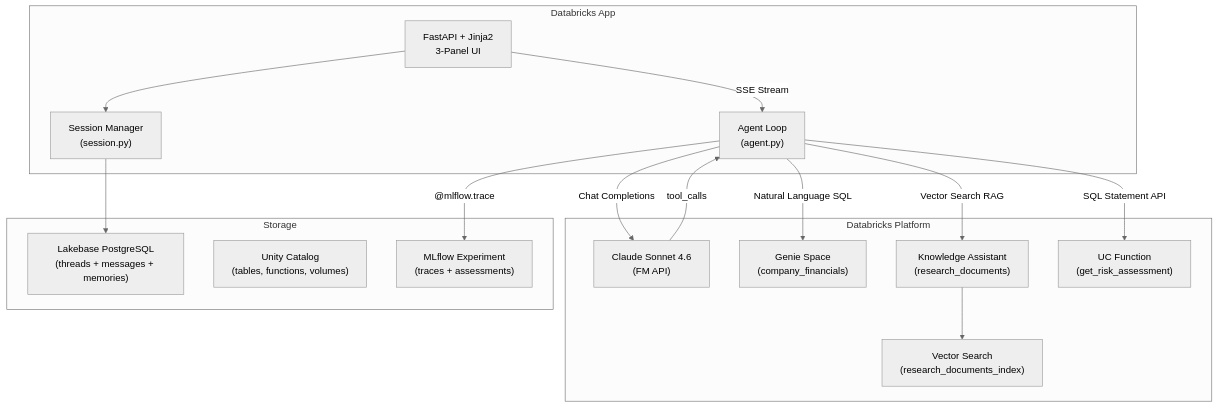
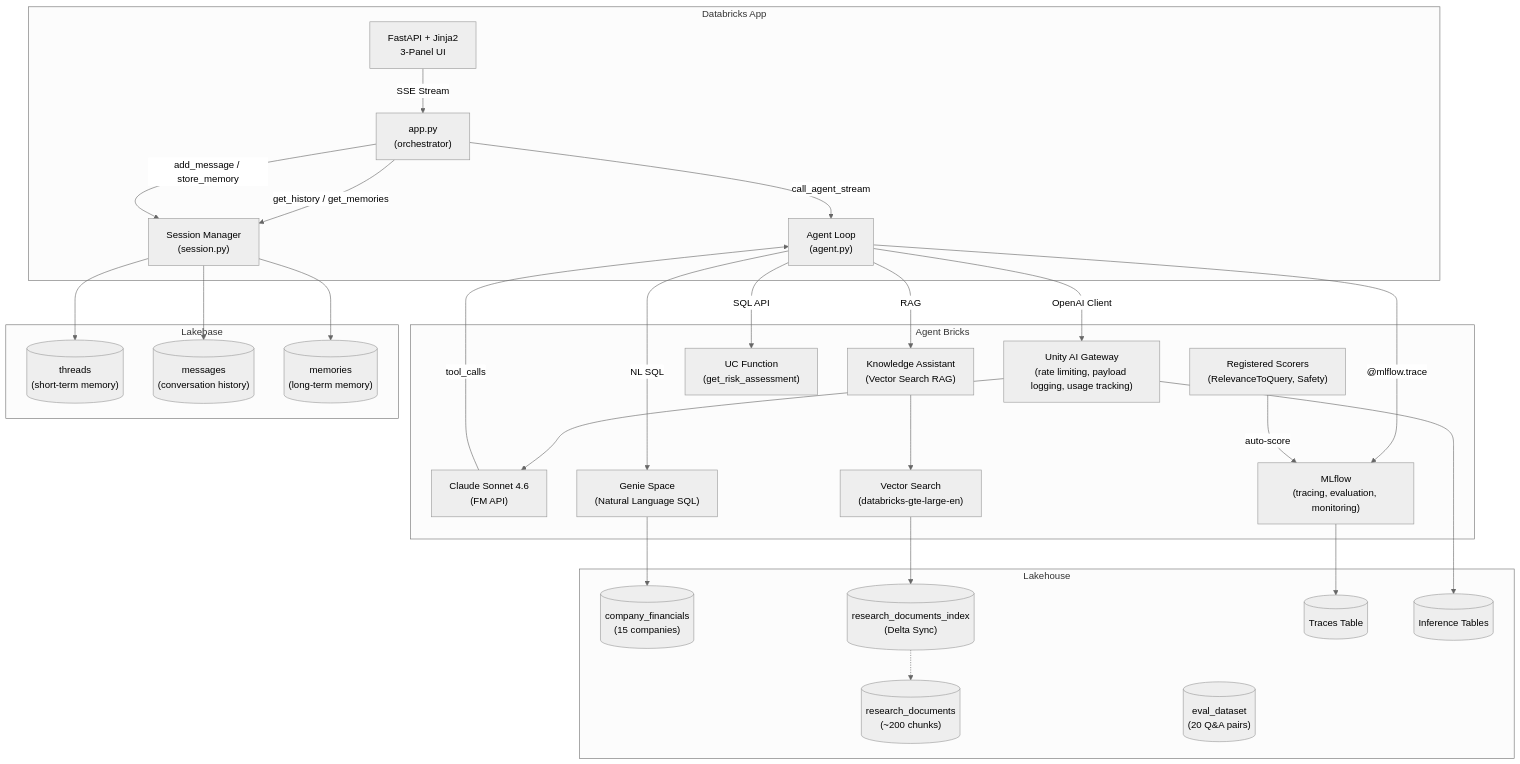
The first of 4 diagrams in README.md (manganganath/valuation_intelligence_databricks), drawn with Mermaid (neutral theme) before and after one commit. The commit also changed other lines of this file and 2 other files, not shown here.

Commit message:
update diagrams

````diff
--- a/README.md
+++ b/README.md
@@ -9,33 +9,57 @@
 ```mermaid
 graph TB
-    subgraph "Databricks App"
+    subgraph APP["Databricks App"]
         UI["FastAPI + Jinja2<br/>3-Panel UI"]
+        AppPy["app.py<br/>(orchestrator)"]
         Agent["Agent Loop<br/>(agent.py)"]
         Session["Session Manager<br/>(session.py)"]
     end
 
-    subgraph "Databricks Platform"
+    subgraph AGENTBRICKS["Agent Bricks"]
+        Gateway["Unity AI Gateway<br/>(rate limiting, payload logging, usage tracking)"]
         LLM["Claude Sonnet 4.6<br/>(FM API)"]
-        Genie["Genie Space<br/>(company_financials)"]
-        KA["Knowledge Assistant<br/>(research_documents)"]
+        Genie["Genie Space<br/>(Natural Language SQL)"]
+        KA["Knowledge Assistant<br/>(Vector Search RAG)"]
+        VS["Vector Search<br/>(databricks-gte-large-en)"]
         UCFunc["UC Function<br/>(get_risk_assessment)"]
-        VS["Vector Search<br/>(research_documents_index)"]
+        MLflow["MLflow<br/>(tracing, evaluation, monitoring)"]
+        Scorers["Registered Scorers<br/>(RelevanceToQuery, Safety)"]
     end
 
-    subgraph "Storage"
-        Lakebase["Lakebase PostgreSQL<br/>(threads + messages + memories)"]
-        UC["Unity Catalog<br/>(tables, functions, volumes)"]
-        MLflow["MLflow Experiment<br/>(traces + assessments)"]
+    subgraph LAKEHOUSE["Lakehouse"]
+        Financials[("company_financials<br/>(15 companies)")]
+        Research[("research_documents<br/>(~200 chunks)")]
+        VSIndex[("research_documents_index<br/>(Delta Sync)")]
+        EvalData[("eval_dataset<br/>(20 Q&A pairs)")]
+        TracesTable[("Traces Table")]
+        InfTable[("Inference Tables")]
     end
 
-    UI -->|"SSE Stream"| Agent
-    Agent -->|"Chat Completions"| LLM
+    subgraph LAKEBASE["Lakebase"]
+        Threads[("threads<br/>(short-term memory)")]
+        Messages[("messages<br/>(conversation history)")]
+        Memories[("memories<br/>(long-term memory)")]
+    end
+
+    UI -->|"SSE Stream"| AppPy
+    AppPy -->|"get_history / get_memories"| Session
+    AppPy -->|"call_agent_stream"| Agent
+    AppPy -->|"add_message / store_memory"| Session
+    Agent -->|"OpenAI Client"| Gateway
+    Gateway --> LLM
     LLM -->|"tool_calls"| Agent
-    Agent -->|"Natural Language SQL"| Genie
-    Agent -->|"Vector Search RAG"| KA
-    Agent -->|"SQL Statement API"| UCFunc
+    Agent -->|"NL SQL"| Genie
+    Agent -->|"RAG"| KA
+    Agent -->|"SQL API"| UCFunc
+    Genie --> Financials
     KA --> VS
-    UI --> Session
-    Session --> Lakebase
+    VS --> VSIndex
+    VSIndex -.-> Research
     Agent -->|"@mlflow.trace"| MLflow
+    MLflow --> TracesTable
+    Gateway --> InfTable
+    Scorers -->|"auto-score"| MLflow
+    Session --> Threads
+    Session --> Messages
+    Session --> Memories
 ```
````
